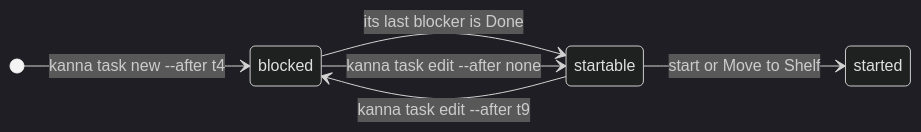
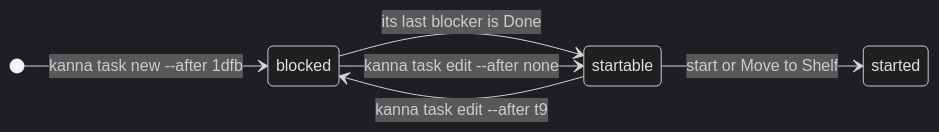
The first of 2 diagrams in docs/specs/task-dependencies.md (jemdiggity/kanna-v4), drawn with Mermaid (dark theme) before and after one commit. The commit also changed other lines of this file and 9 other files, not shown here.

Commit message:
Task IDs in help, skills, e2e scenarios and specs: docs/specs/task-ids.md, linked from tasks, database, workspaces, backlog search and blocked tasks

````diff
--- a/docs/specs/task-dependencies.md
+++ b/docs/specs/task-dependencies.md
@@ -11,9 +11,9 @@
 ```mermaid
 stateDiagram-v2
     direction LR
-    [*] --> blocked: kanna task new --after t4
+    [*] --> blocked: kanna task new --after 1dfb
     blocked --> startable: its last blocker is Done
     startable --> blocked: kanna task edit --after t9
     blocked --> startable: kanna task edit --after none
     startable --> started: start or Move to Shelf
 ```
````
